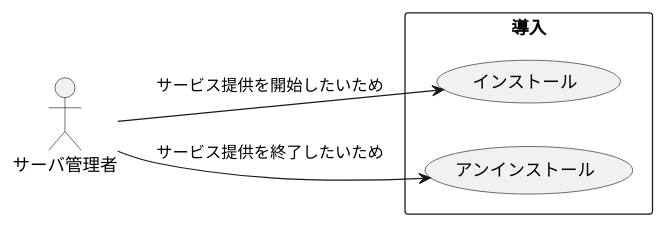
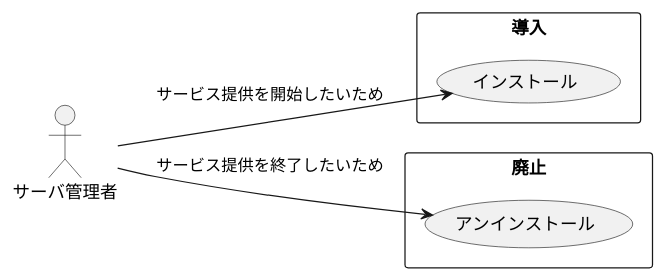
Before and after one commit to peregrin8alde/learn-ossdb-gold: the diagram in site/content/ja/docs/Appendix/uml/usecase/install/usecases.puml, drawn with PlantUML. The commit also changed 3 other files, not shown here.

```diff
--- a/site/content/ja/docs/Appendix/uml/usecase/install/usecases.puml
+++ b/site/content/ja/docs/Appendix/uml/usecase/install/usecases.puml
@@ -1,24 +1,27 @@
 @startuml
 left to right direction
 
 /'
 actor "誰が" as who
 
 rectangle "いつ" {
   usecase "何をしたい" as UC1
 }
 who --> (UC1) : 何故
 '/
 
 actor "サーバ管理者" as admin
 
 rectangle "導入" {
   usecase "インストール" as UC1
+}
+admin --> (UC1) : サービス提供を開始したいため
+
+rectangle "廃止" {
   usecase "アンインストール" as UC2
 }
-admin --> (UC1) : サービス提供を開始したいため
 admin --> (UC2) : サービス提供を終了したいため
 
 
 
 @enduml
```
